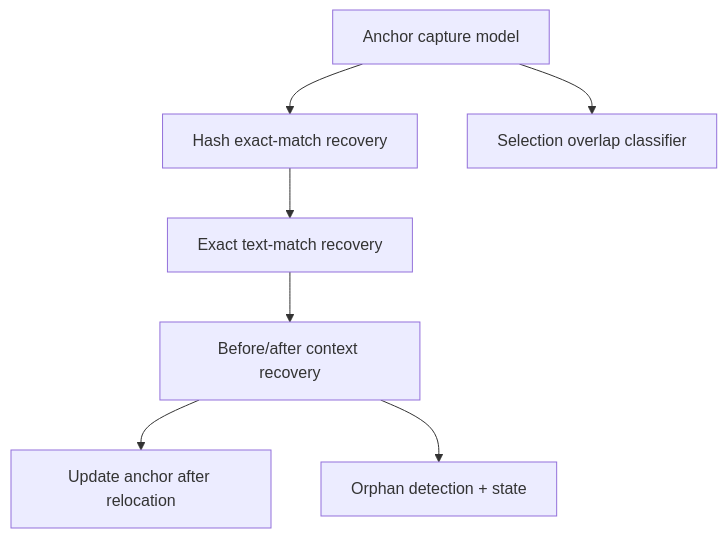
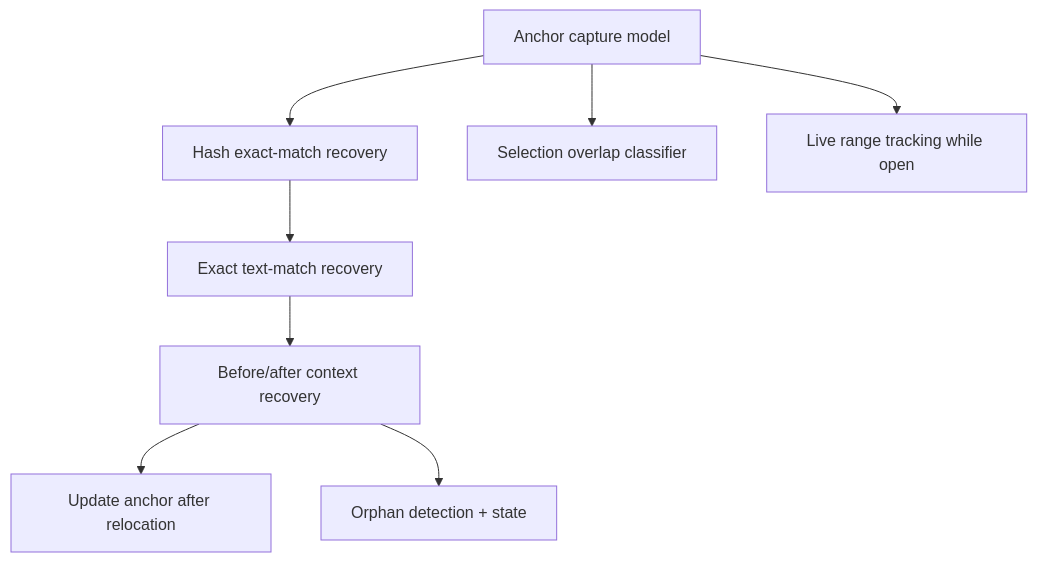
Before and after one commit to duraisamy-gokul/fix-my-comments: the diagram in plans/phase-2-durable-anchoring/00-overview.md, drawn with Mermaid. The commit also changed other lines of this file and 28 other files, not shown here.

````diff
--- a/plans/phase-2-durable-anchoring/00-overview.md
+++ b/plans/phase-2-durable-anchoring/00-overview.md
@@ -24,9 +25,10 @@
 ```mermaid
 flowchart TD
     A[Anchor capture model] --> B[Hash exact-match recovery]
     B --> C[Exact text-match recovery]
     C --> D[Before/after context recovery]
     D --> E[Update anchor after relocation]
     D --> F[Orphan detection + state]
     A --> G[Selection overlap classifier]
+    A --> H[Live range tracking while open]
 ```
````
